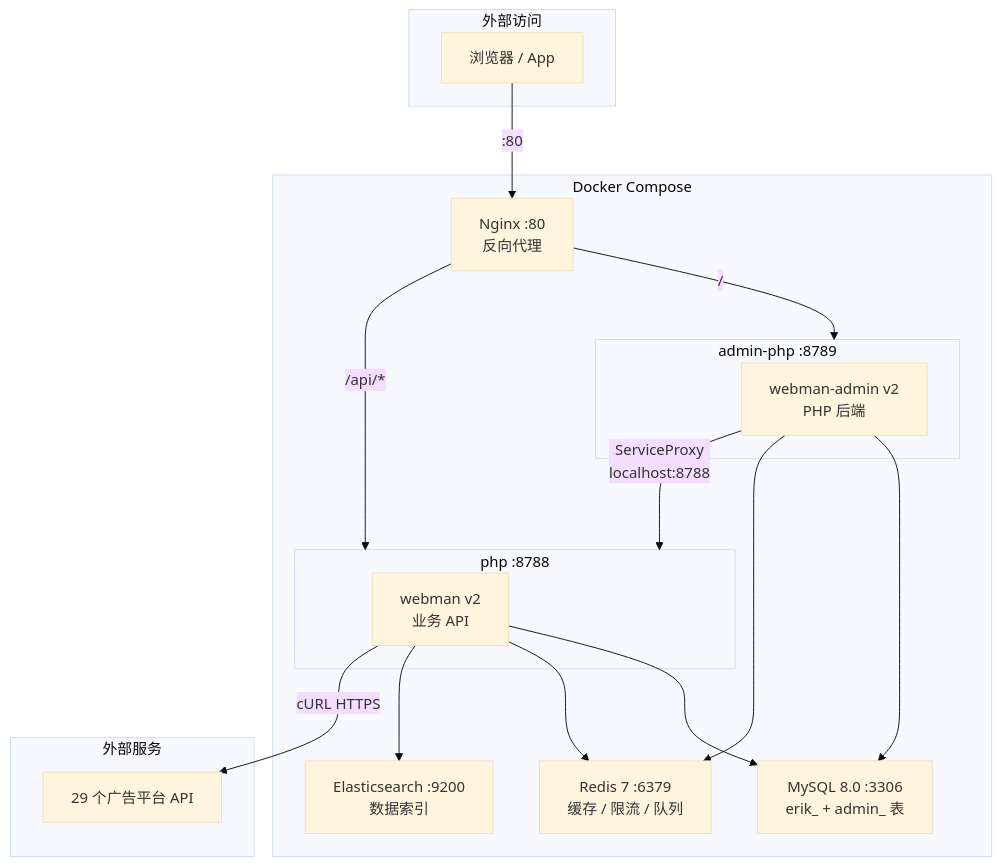
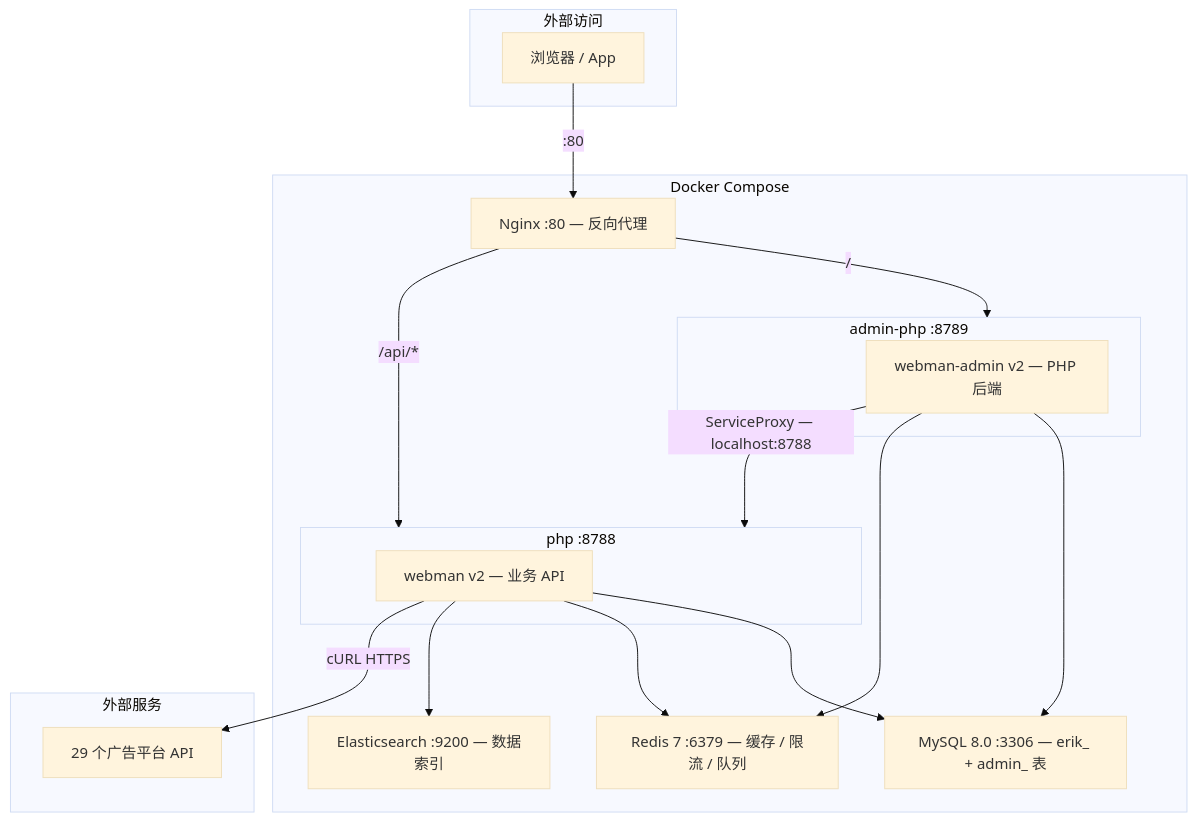
Before and after one commit to erikwang2013/ads-php: the seventh of 8 diagrams in docs/superpowers/specs/2026-05-14-ads-platform-design.md, drawn with Mermaid (base theme). The commit also changed other lines of this file, not shown here.

First line of the commit message:
fix: convert classDiagram to flowchart, remove HTML breaks from Mermaid

````diff
--- a/docs/superpowers/specs/2026-05-14-ads-platform-design.md
+++ b/docs/superpowers/specs/2026-05-14-ads-platform-design.md
@@ -873,37 +834,37 @@
 ```mermaid
 graph TB
     subgraph Internet["外部访问"]
         Browser["浏览器 / App"]
     end
 
     subgraph Docker["Docker Compose"]
-        Nginx["Nginx :80<br/>反向代理"]
+        Nginx["Nginx :80 — 反向代理"]
         
         subgraph AdminSvc["admin-php :8789"]
-            AdminPHP["webman-admin v2<br/>PHP 后端"]
+            AdminPHP["webman-admin v2 — PHP 后端"]
         end
         
         subgraph ServiceSvc["php :8788"]
-            ServicePHP["webman v2<br/>业务 API"]
+            ServicePHP["webman v2 — 业务 API"]
         end
 
-        MySQL["MySQL 8.0 :3306<br/>erik_ + admin_ 表"]
-        Redis["Redis 7 :6379<br/>缓存 / 限流 / 队列"]
-        ES["Elasticsearch :9200<br/>数据索引"]
+        MySQL["MySQL 8.0 :3306 — erik_ + admin_ 表"]
+        Redis["Redis 7 :6379 — 缓存 / 限流 / 队列"]
+        ES["Elasticsearch :9200 — 数据索引"]
     end
 
     subgraph External["外部服务"]
         AdPlatforms["29 个广告平台 API"]
     end
 
     Browser -->|":80"| Nginx
     Nginx -->|"/"| AdminSvc
     Nginx -->|"/api/*"| ServiceSvc
-    AdminPHP -->|"ServiceProxy<br/>localhost:8788"| ServiceSvc
+    AdminPHP -->|"ServiceProxy — localhost:8788"| ServiceSvc
     ServicePHP --> MySQL
     ServicePHP --> Redis
     ServicePHP --> ES
     AdminPHP --> MySQL
     AdminPHP --> Redis
     ServicePHP -->|"cURL HTTPS"| AdPlatforms
 ```
````
